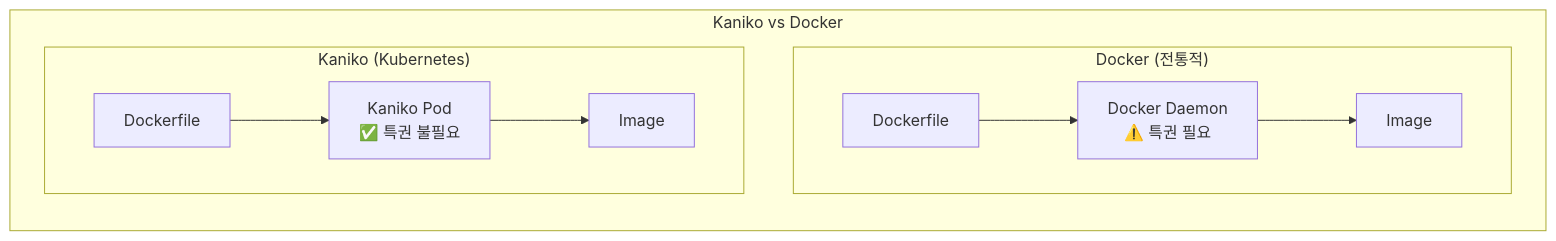
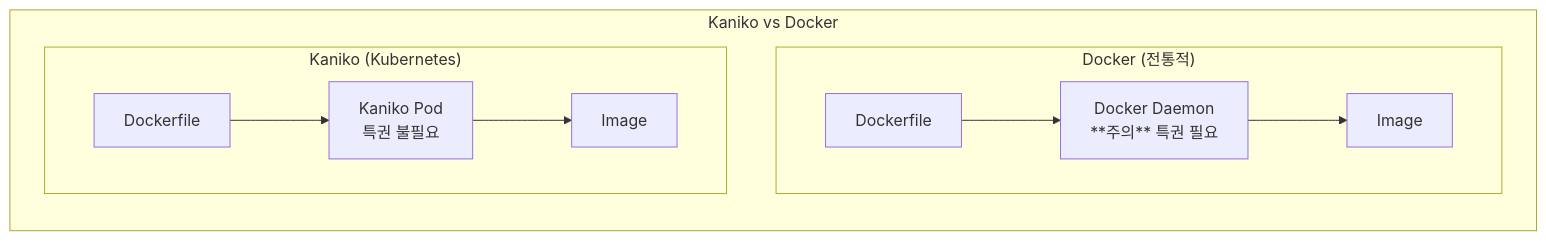
Before and after one commit to juwon8891/juwon8891.github.io: diagram 39 of 41 in docs/cicd/week1-image-build.md, drawn with Mermaid. The commit also changed other lines of this file and 25 other files, not shown here.

````diff
--- a/docs/cicd/week1-image-build.md
+++ b/docs/cicd/week1-image-build.md
@@ -2742,16 +2737,17 @@
 ```mermaid
 graph LR
     subgraph "Kaniko vs Docker"
         subgraph "Docker (전통적)"
-            DOCKERFILE1[Dockerfile] --> DOCKER_DAEMON2[Docker Daemon<br/>⚠️ 특권 필요]
+            DOCKERFILE1[Dockerfile] --> DOCKER_DAEMON2[Docker Daemon<br/>**주의** 특권 필요]
             DOCKER_DAEMON2 --> IMAGE4[Image]
 
         end
 
         subgraph "Kaniko (Kubernetes)"
-            DOCKERFILE2[Dockerfile] --> KANIKO_POD[Kaniko Pod<br/>✅ 특권 불필요]
+            DOCKERFILE2[Dockerfile] --> KANIKO_POD[Kaniko Pod<br/>특권 불필요]
             KANIKO_POD --> IMAGE5[Image]
 
         end
     end
+
 ```
````
